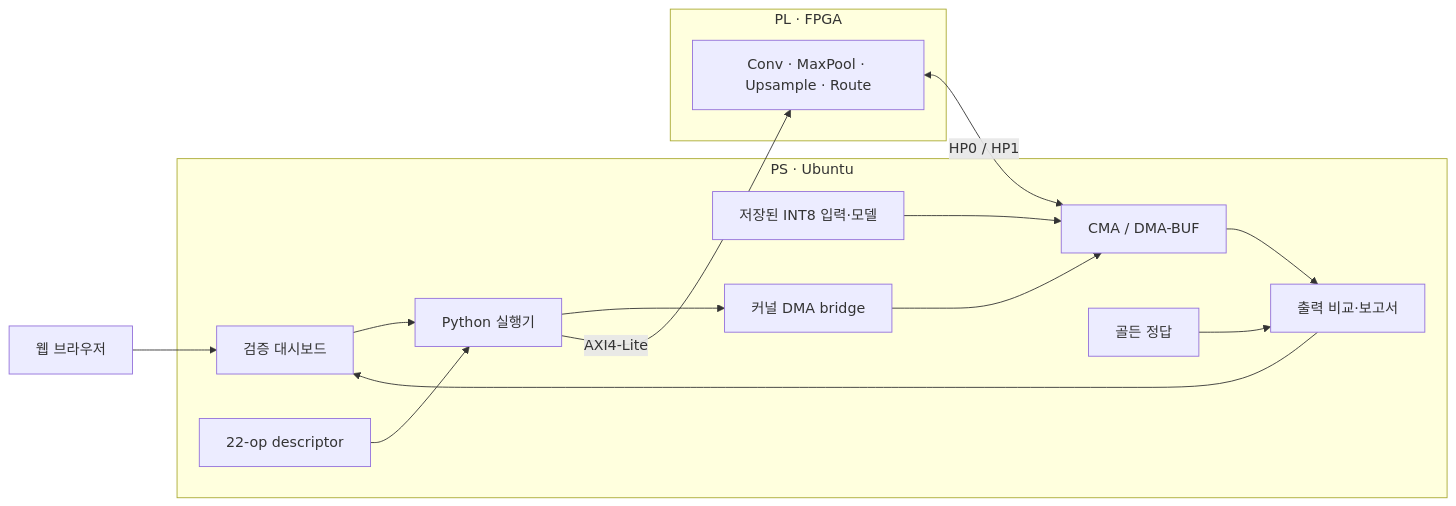
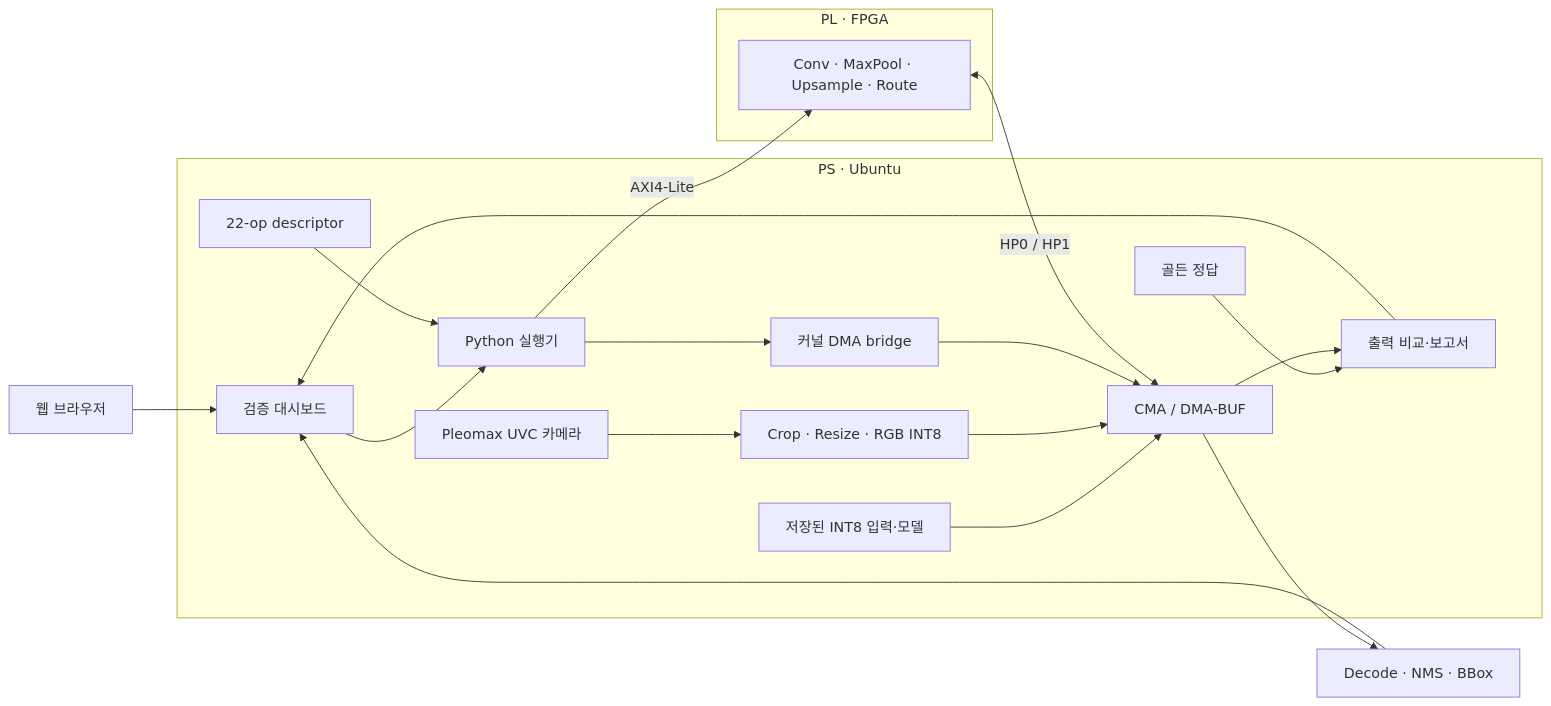
One commit to hangyeoli/adas_soc changed the diagram in README.md. Above: the diagram before and after it, drawn with Mermaid. The commit also changed other lines of this file and 8 other files, not shown here.

````diff
--- a/README.md
+++ b/README.md
@@ -36,19 +37,23 @@
 ```mermaid
 flowchart LR
     Browser[웹 브라우저] --> UI[검증 대시보드]
     subgraph PS[PS · Ubuntu]
         UI --> Runtime[Python 실행기]
         Descriptor[22-op descriptor] --> Runtime
         Sample[저장된 INT8 입력·모델] --> DDR[CMA / DMA-BUF]
+        Camera[Pleomax UVC 카메라] --> Preprocess[Crop · Resize · RGB INT8]
+        Preprocess --> DDR
         Runtime --> Bridge[커널 DMA bridge]
         Bridge --> DDR
         Golden[골든 정답] --> Compare[출력 비교·보고서]
     end
     subgraph PL[PL · FPGA]
         Engines[Conv · MaxPool · Upsample · Route]
     end
     Runtime -->|AXI4-Lite| Engines
     Engines <-->|HP0 / HP1| DDR
     DDR --> Compare
     Compare --> UI
+    DDR --> Decode[Decode · NMS · BBox]
+    Decode --> UI
 ```
````
